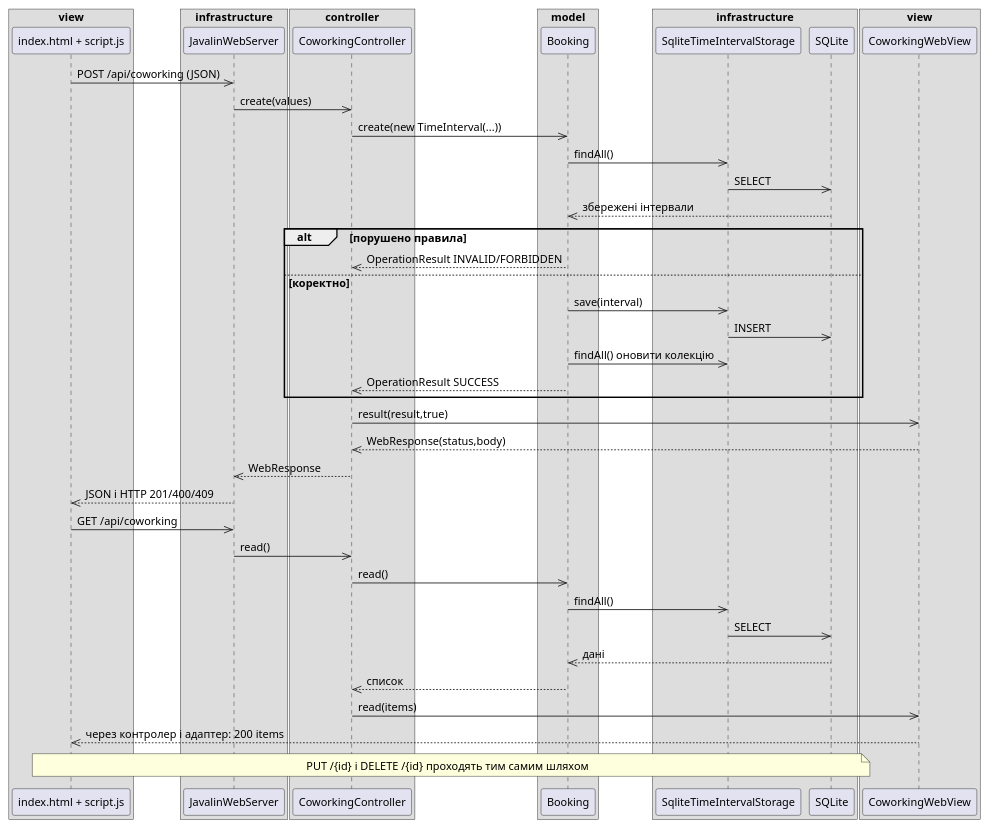
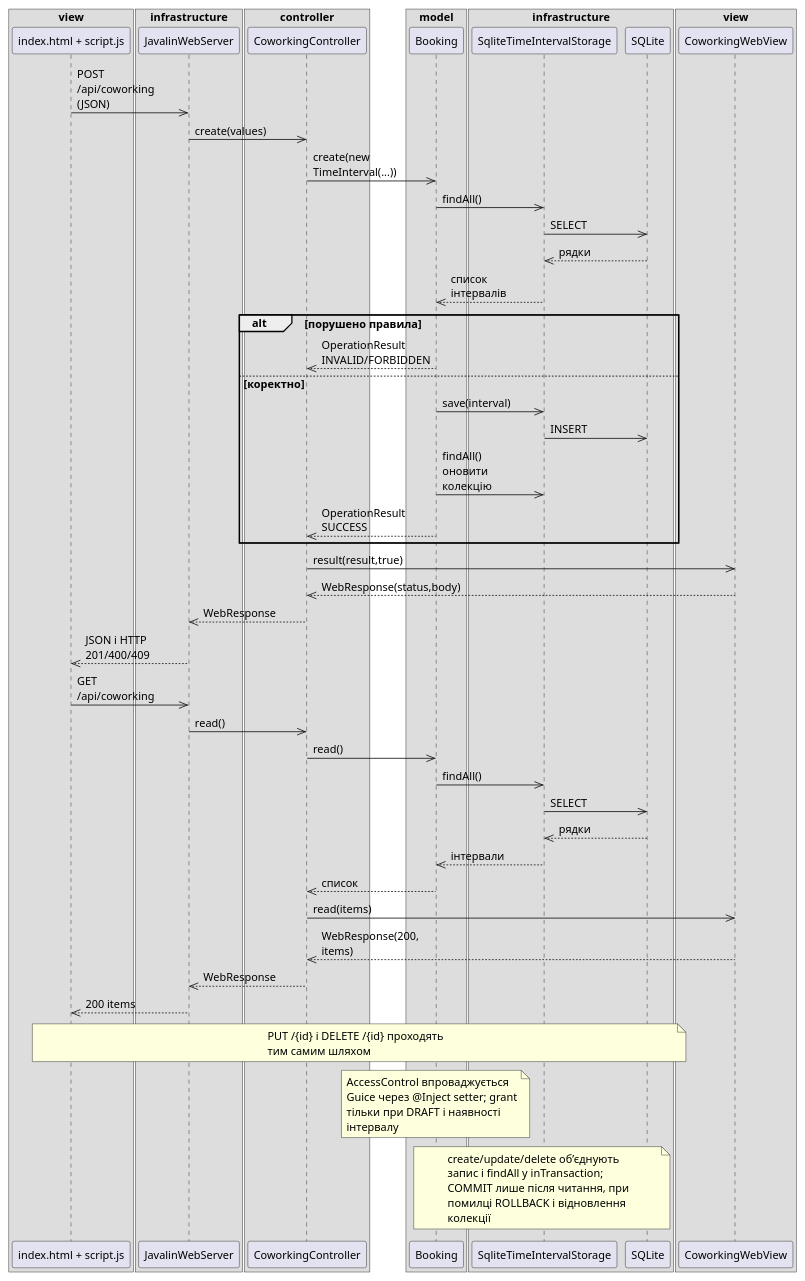
Before and after one commit to auulina21/coworking-19: the diagram in docs/sequence-print.puml, drawn with PlantUML. The commit also changed 49 other files, not shown here.

```diff
--- a/docs/sequence-print.puml
+++ b/docs/sequence-print.puml
@@ -1,54 +1,64 @@
 @startuml
 !pragma layout smetana
 skinparam defaultFontName Arial
 skinparam defaultFontSize 13
+skinparam maxMessageSize 85
+skinparam wrapWidth 220
 skinparam nodesep 35
 skinparam ranksep 45
 box "view"
 participant "index.html + script.js" as P
 end box
 box "infrastructure"
 participant "JavalinWebServer" as W
 end box
 box "controller"
 participant "CoworkingController" as C
 end box
 box "model"
 participant "Booking" as B
 end box
 box "infrastructure"
 participant "SqliteTimeIntervalStorage" as S
 participant "SQLite" as DB
 end box
 box "view"
 participant "CoworkingWebView" as V
 end box
 P->>W: POST /api/coworking (JSON)
 W->>C: create(values)
 C->>B: create(new TimeInterval(...))
 B->>S: findAll()
 S->>DB: SELECT
-DB-->>B: збережені інтервали
+DB-->>S: рядки
+S-->>B: список інтервалів
 alt порушено правила
  B-->>C: OperationResult INVALID/FORBIDDEN
 else коректно
  B->>S: save(interval)
  S->>DB: INSERT
  B->>S: findAll() оновити колекцію
  B-->>C: OperationResult SUCCESS
 end
 C->>V: result(result,true)
 V-->>C: WebResponse(status,body)
 C-->>W: WebResponse
 W-->>P: JSON і HTTP 201/400/409
 P->>W: GET /api/coworking
 W->>C: read()
 C->>B: read()
 B->>S: findAll()
 S->>DB: SELECT
-DB-->>B: дані
+DB-->>S: рядки
+S-->>B: інтервали
 B-->>C: список
 C->>V: read(items)
-V-->>P: через контролер і адаптер: 200 items
+V-->>C: WebResponse(200, items)
+C-->>W: WebResponse
+W-->>P: 200 items
 note over P,DB: PUT /{id} і DELETE /{id} проходять тим самим шляхом
+
+note over B: AccessControl впроваджується Guice через @Inject setter; grant тільки при DRAFT і наявності інтервалу
+
+note over B,DB: create/update/delete об’єднують запис і findAll у inTransaction; COMMIT лише після читання, при помилці ROLLBACK і відновлення колекції
 @enduml
```
